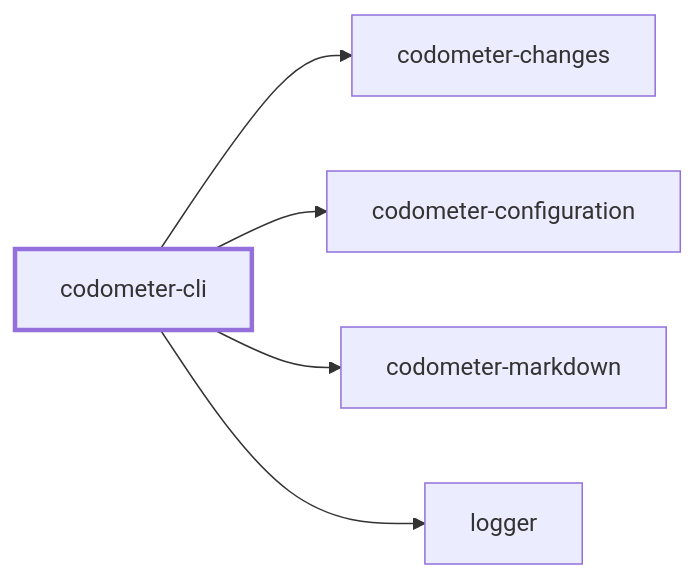
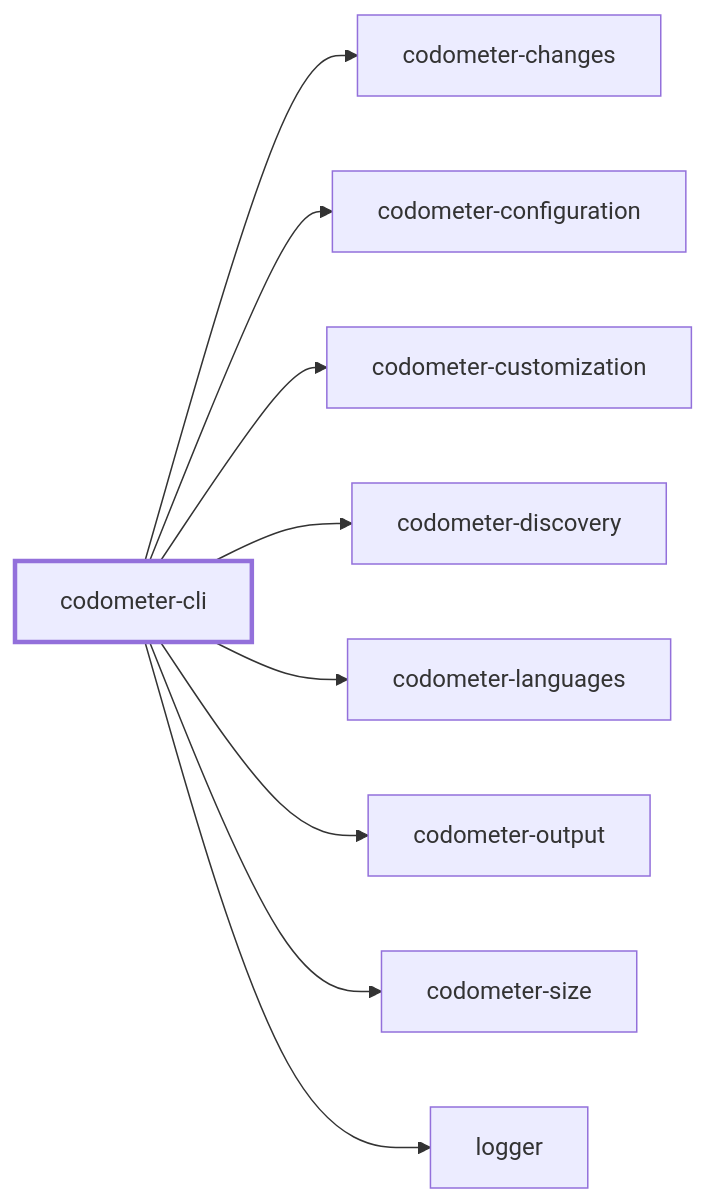
Before and after one commit to JimmyPaolini/codebase: the first of 2 diagrams in packages/codometer-cli/README.md, drawn with Mermaid. The commit also changed other lines of this file and 282 other files, not shown here.

First line of the commit message:
feat(codometer): ✨ split codometer-cli into standalone measurement packages (#333)

````diff
--- a/packages/codometer-cli/README.md
+++ b/packages/codometer-cli/README.md
@@ -431,14 +431,22 @@
 ```mermaid
 flowchart LR
   codometer_changes["codometer-changes"]
   codometer_cli["codometer-cli"]
   codometer_configuration["codometer-configuration"]
-  codometer_markdown["codometer-markdown"]
+  codometer_customization["codometer-customization"]
+  codometer_discovery["codometer-discovery"]
+  codometer_languages["codometer-languages"]
+  codometer_output["codometer-output"]
+  codometer_size["codometer-size"]
   logger["logger"]
   codometer_cli --> codometer_changes
   codometer_cli --> codometer_configuration
-  codometer_cli --> codometer_markdown
+  codometer_cli --> codometer_customization
+  codometer_cli --> codometer_discovery
+  codometer_cli --> codometer_languages
+  codometer_cli --> codometer_output
+  codometer_cli --> codometer_size
   codometer_cli --> logger
   classDef subject stroke-width:3px
   class codometer_cli subject
 ```
````
